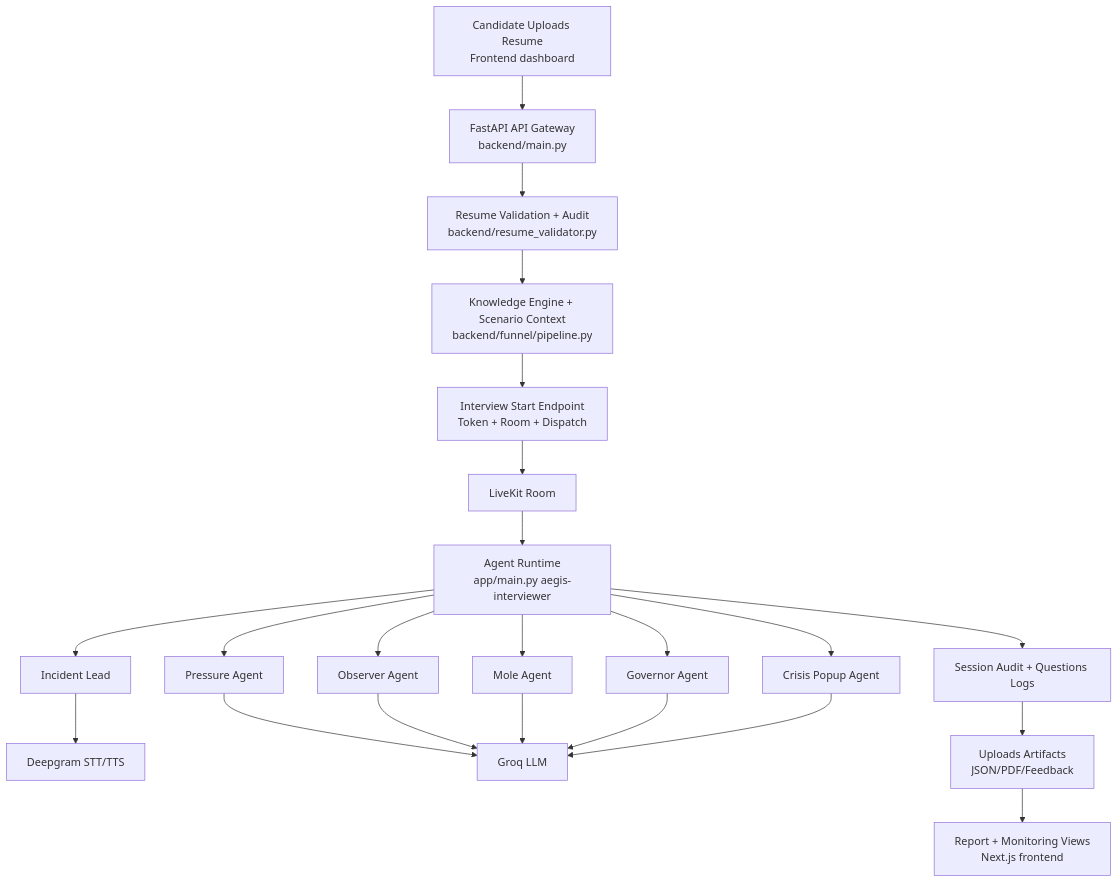
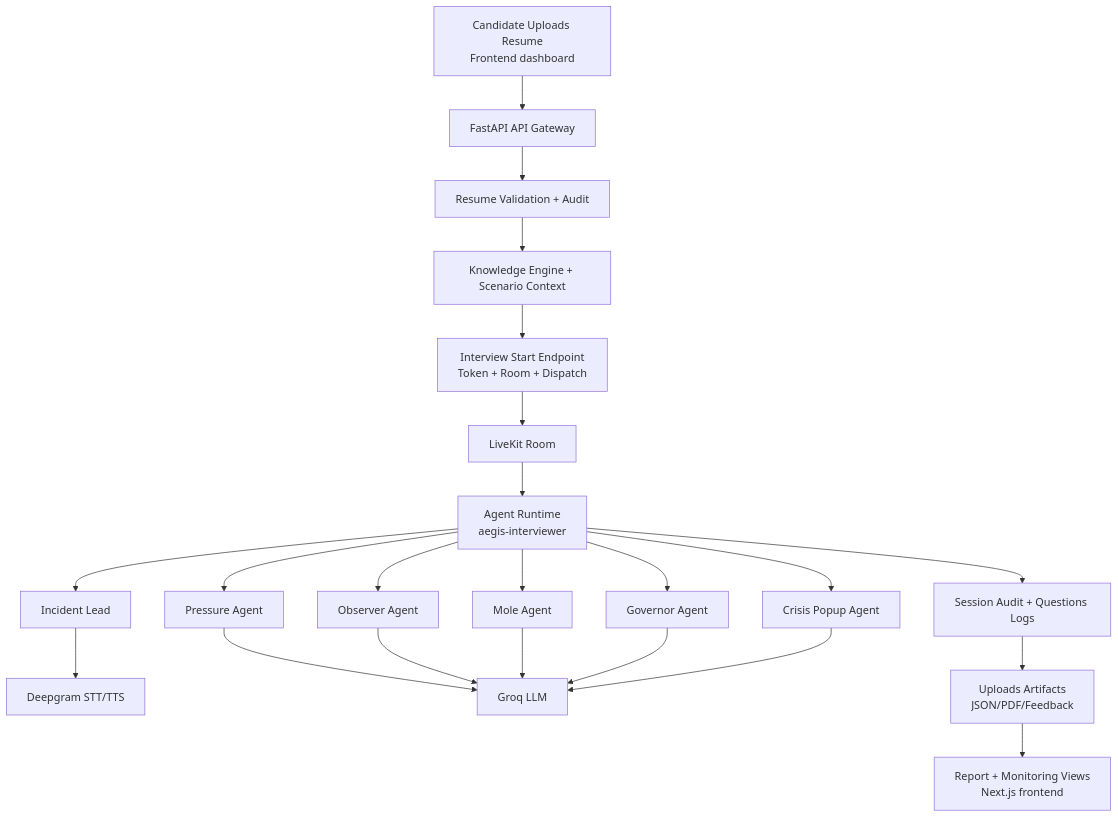
The diagram in README.md (ankit-choubey/The-Aegis-Forge), drawn with Mermaid before and after one commit. The commit also changed other lines of this file, not shown here.

Commit message:
docs: harden README by removing internal API details

````diff
--- a/README.md
+++ b/README.md
@@ -63,24 +62,24 @@
 ```mermaid
 flowchart TD
-    A[Candidate Uploads Resume<br/>Frontend dashboard] --> B[FastAPI API Gateway<br/>backend/main.py]
-    B --> C[Resume Validation + Audit<br/>backend/resume_validator.py]
-    C --> D[Knowledge Engine + Scenario Context<br/>backend/funnel/pipeline.py]
+  A[Candidate Uploads Resume<br/>Frontend dashboard] --> B[FastAPI API Gateway]
+  B --> C[Resume Validation + Audit]
+  C --> D[Knowledge Engine + Scenario Context]
     D --> E[Interview Start Endpoint<br/>Token + Room + Dispatch]
     E --> F[LiveKit Room]
-    F --> G[Agent Runtime<br/>app/main.py aegis-interviewer]
+  F --> G[Agent Runtime<br/>aegis-interviewer]
     G --> H[Incident Lead]
     G --> I[Pressure Agent]
     G --> J[Observer Agent]
     G --> K[Mole Agent]
     G --> L[Governor Agent]
     G --> M[Crisis Popup Agent]
     H --> N[Deepgram STT/TTS]
     I --> O[Groq LLM]
     J --> O
     K --> O
     L --> O
     M --> O
     G --> P[Session Audit + Questions Logs]
     P --> Q[Uploads Artifacts<br/>JSON/PDF/Feedback]
     Q --> R[Report + Monitoring Views<br/>Next.js frontend]
 ```
````
